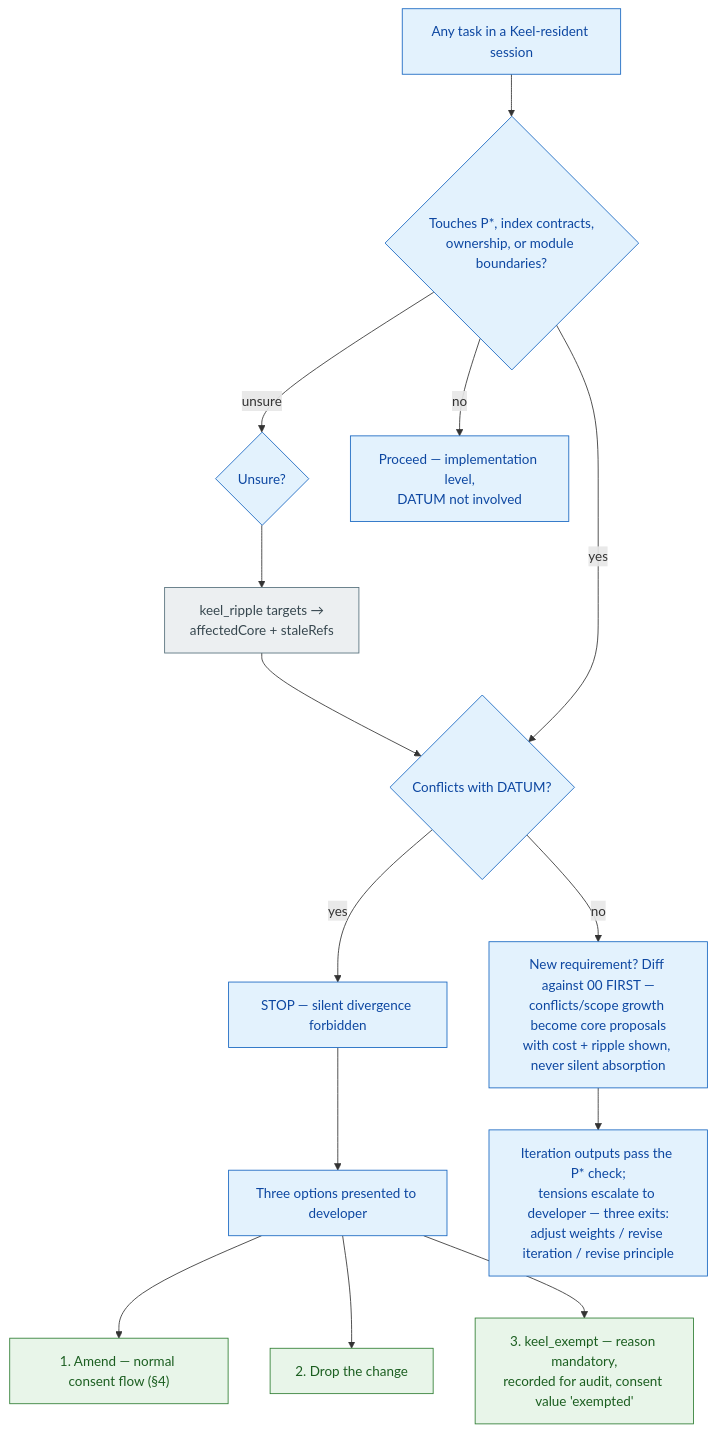
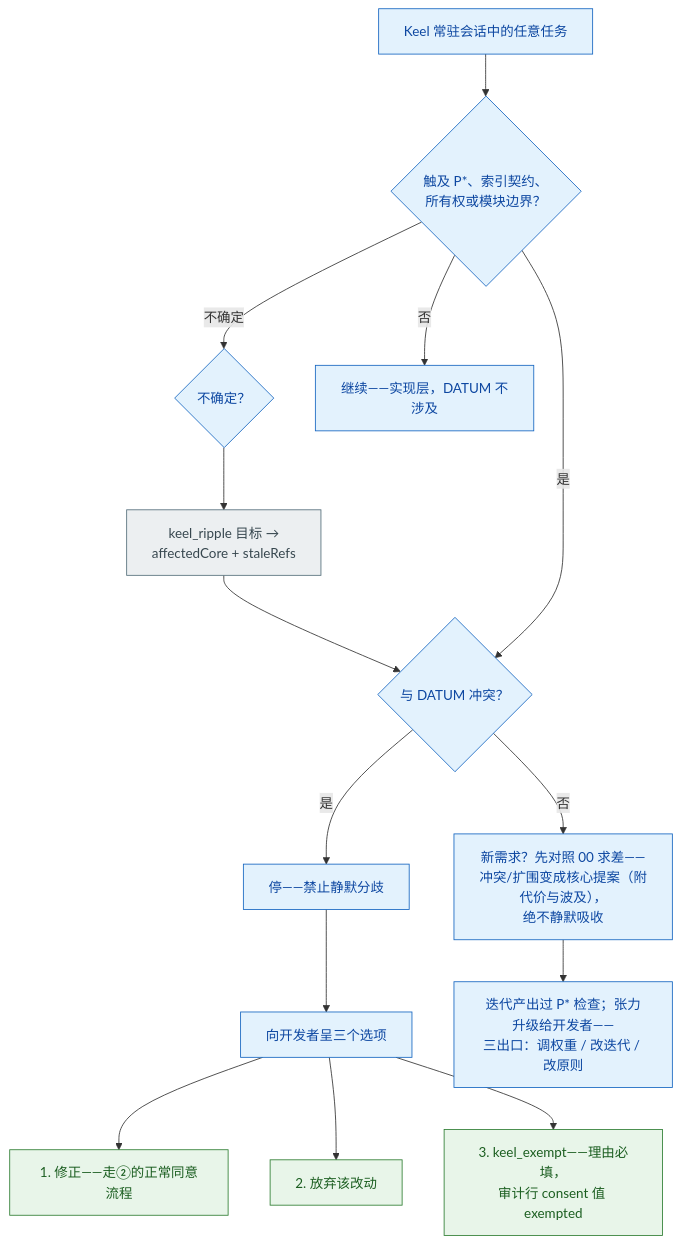
Before and after one commit to maxi3777/Keel: the eighth of 10 diagrams in docs/MENTAL-MODEL.md, drawn with Mermaid. The commit also changed other lines of this file, not shown here.

````diff
--- a/docs/MENTAL-MODEL.md
+++ b/docs/MENTAL-MODEL.md
@@ -339,29 +334,29 @@
 ```mermaid
 flowchart TD
-    TASK["Any task in a Keel-resident session"]:::ai
-    Q1{"Touches P*, index contracts,<br/>ownership, or module boundaries?"}:::ai
-    UNSURE{"Unsure?"}:::ai
-    RIP["keel_ripple targets →<br/>affectedCore + staleRefs"]:::mech
-    NONE["Proceed — implementation level,<br/>DATUM not involved"]:::ai
-    CONFLICT{"Conflicts with DATUM?"}:::ai
-    STOP["STOP — silent divergence forbidden"]:::ai
-    OPT["Three options presented to developer"]:::ai
-    AMEND["1. Amend — normal consent flow (§4)"]:::human
-    DROP["2. Drop the change"]:::human
-    EXEMPT["3. keel_exempt — reason mandatory,<br/>recorded for audit, consent value 'exempted'"]:::human
-    NEWREQ["New requirement? Diff against 00 FIRST —<br/>conflicts/scope growth become core proposals<br/>with cost + ripple shown, never silent absorption"]:::ai
-    PGUARD["Iteration outputs pass the P* check;<br/>tensions escalate to developer — three exits:<br/>adjust weights / revise iteration / revise principle"]:::ai
+    TASK["Keel 常驻会话中的任意任务"]:::ai
+    Q1{"触及 P*、索引契约、<br/>所有权或模块边界？"}:::ai
+    UNSURE{"不确定？"}:::ai
+    RIP["keel_ripple 目标 →<br/>affectedCore + staleRefs"]:::mech
+    NONE["继续——实现层，DATUM 不涉及"]:::ai
+    CONFLICT{"与 DATUM 冲突？"}:::ai
+    STOP["停——禁止静默分歧"]:::ai
+    OPT["向开发者呈三个选项"]:::ai
+    AMEND["1. 修正——走②的正常同意流程"]:::human
+    DROP["2. 放弃该改动"]:::human
+    EXEMPT["3. keel_exempt——理由必填，<br/>审计行 consent 值 exempted"]:::human
+    NEWREQ["新需求？先对照 00 求差——<br/>冲突/扩围变成核心提案（附代价与波及），<br/>绝不静默吸收"]:::ai
+    PGUARD["迭代产出过 P* 检查；张力升级给开发者——<br/>三出口：调权重 / 改迭代 / 改原则"]:::ai
 
     TASK --> Q1
-    Q1 -->|"no"| NONE
-    Q1 -->|"unsure"| UNSURE --> RIP --> CONFLICT
-    Q1 -->|"yes"| CONFLICT
-    CONFLICT -->|"no"| NEWREQ --> PGUARD
-    CONFLICT -->|"yes"| STOP --> OPT
+    Q1 -->|"否"| NONE
+    Q1 -->|"不确定"| UNSURE --> RIP --> CONFLICT
+    Q1 -->|"是"| CONFLICT
+    CONFLICT -->|"否"| NEWREQ --> PGUARD
+    CONFLICT -->|"是"| STOP --> OPT
     OPT --> AMEND
     OPT --> DROP
     OPT --> EXEMPT
     classDef human fill:#e8f5e9,stroke:#2e7d32,color:#1b5e20
     classDef ai fill:#e3f2fd,stroke:#1565c0,color:#0d47a1
     classDef mech fill:#eceff1,stroke:#546e7a,color:#37474f
 ```
````
